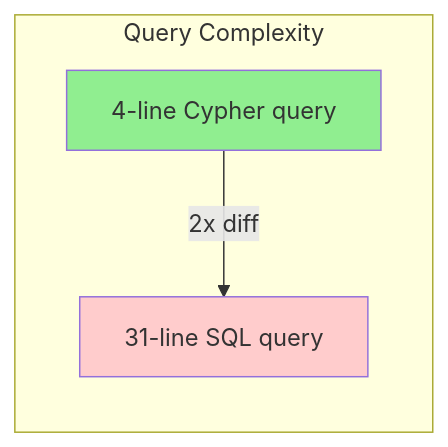
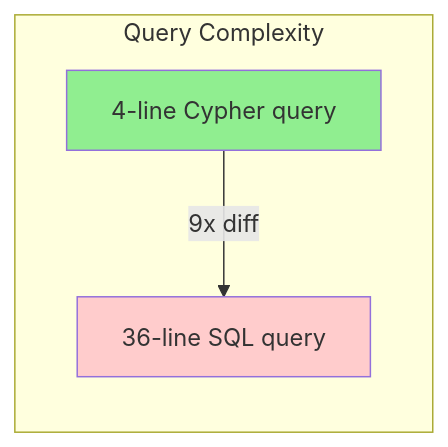
Before and after one commit to shpsi/Designing-Data-Intensive-Applications: diagram 22 of 28 in chapter-03-data-models-query-languages.md, drawn with Mermaid. The commit also changed other lines of this file and 15 other files, not shown here.

````diff
--- a/chapter-03-data-models-query-languages.md
+++ b/chapter-03-data-models-query-languages.md
@@ -916,11 +899,11 @@
 ```mermaid
 graph LR
     subgraph "Query Complexity"
         C["4-line Cypher query"]
-        S["31-line SQL query"]
-        C -->|"2x diff"| S
+        S["36-line SQL query"]
+        C -->|"9x diff"| S
     end
 
     style C fill:#90EE90
     style S fill:#ffcccc
 ```
````
